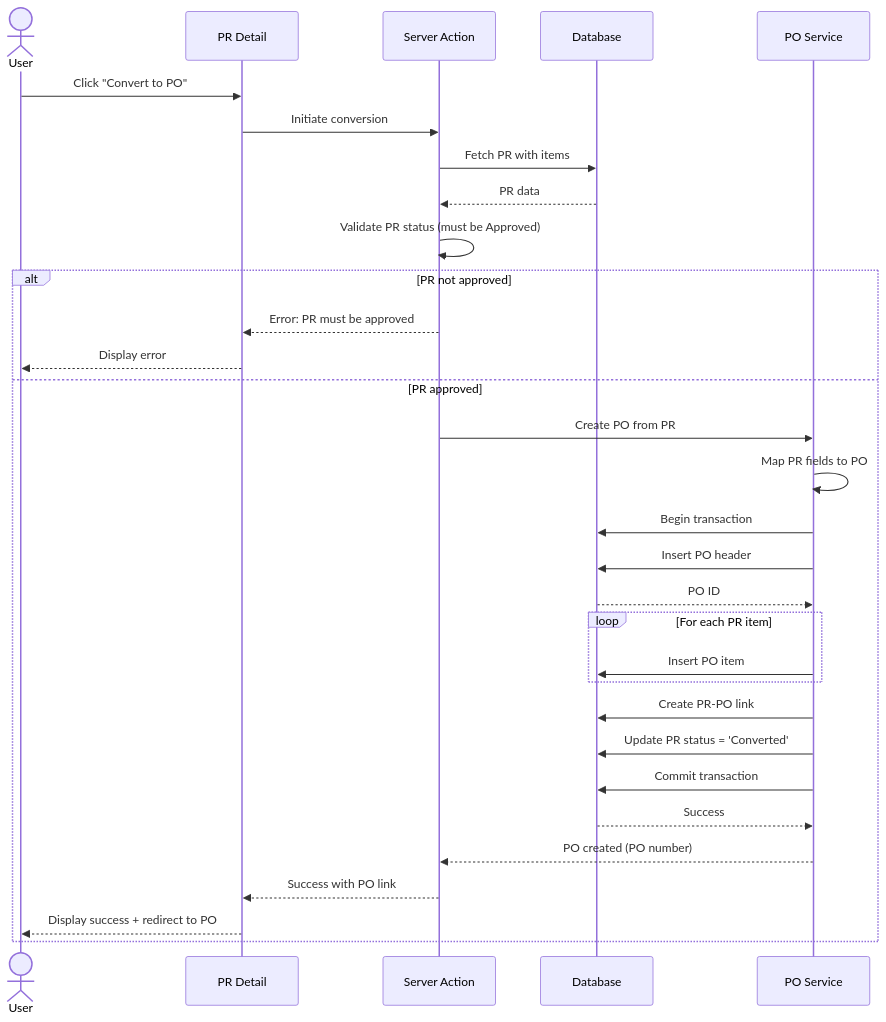
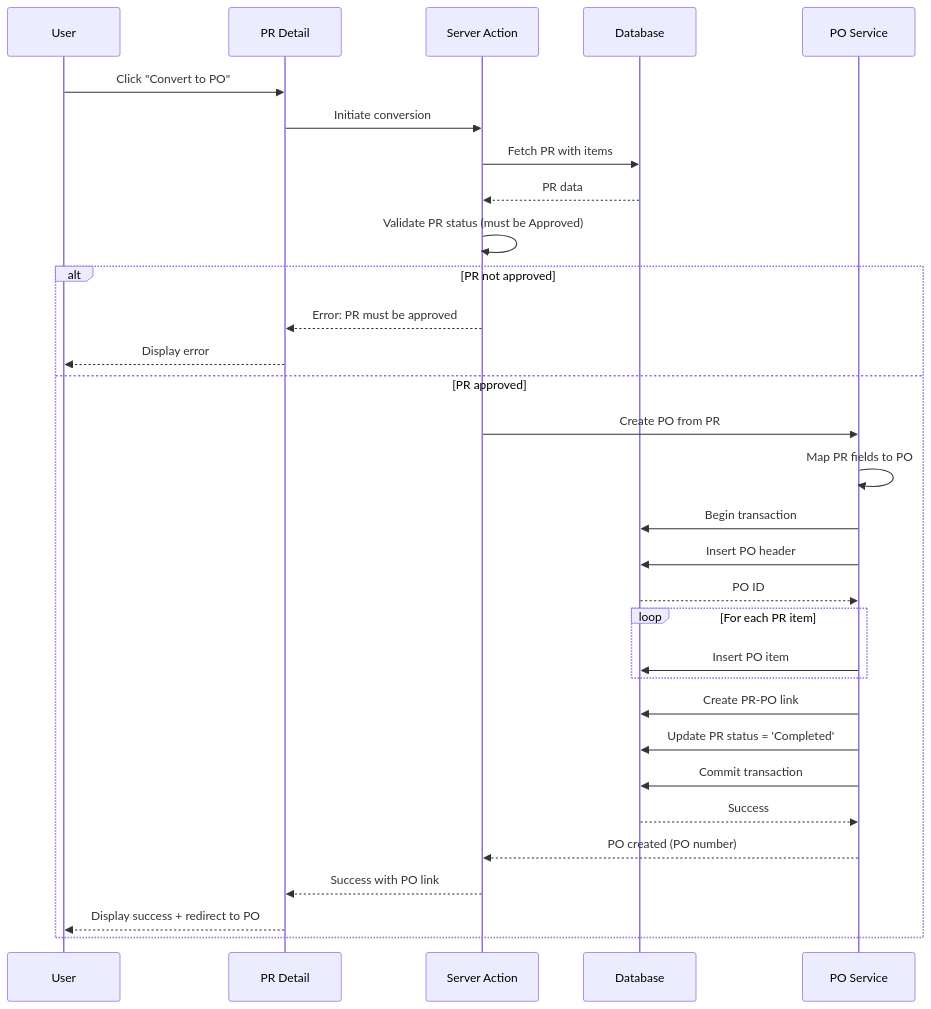
One commit to CarmenSoftware-organization/carmen changed diagram 12 of 30 in docs/app/procurement/purchase-requests/FD-purchase-requests.md. Above: the diagram before and after it, drawn with Mermaid. The commit also changed other lines of this file and 1788 other files, not shown here.

````diff
--- a/docs/app/procurement/purchase-requests/FD-purchase-requests.md
+++ b/docs/app/procurement/purchase-requests/FD-purchase-requests.md
@@ -495,41 +530,41 @@
 ```mermaid
 sequenceDiagram
-    actor User
+    participant User
     participant UI as PR Detail
     participant API as Server Action
     participant DB as Database
     participant PO as PO Service
 
     User->>UI: Click "Convert to PO"
     UI->>API: Initiate conversion
 
     API->>DB: Fetch PR with items
     DB-->>API: PR data
 
     API->>API: Validate PR status (must be Approved)
 
     alt PR not approved
         API-->>UI: Error: PR must be approved
         UI-->>User: Display error
     else PR approved
         API->>PO: Create PO from PR
 
         PO->>PO: Map PR fields to PO
         PO->>DB: Begin transaction
         PO->>DB: Insert PO header
         DB-->>PO: PO ID
 
         loop For each PR item
             PO->>DB: Insert PO item
         end
 
         PO->>DB: Create PR-PO link
-        PO->>DB: Update PR status = 'Converted'
+        PO->>DB: Update PR status = 'Completed'
         PO->>DB: Commit transaction
         DB-->>PO: Success
 
         PO-->>API: PO created (PO number)
         API-->>UI: Success with PO link
         UI-->>User: Display success + redirect to PO
     end
 ```
````
